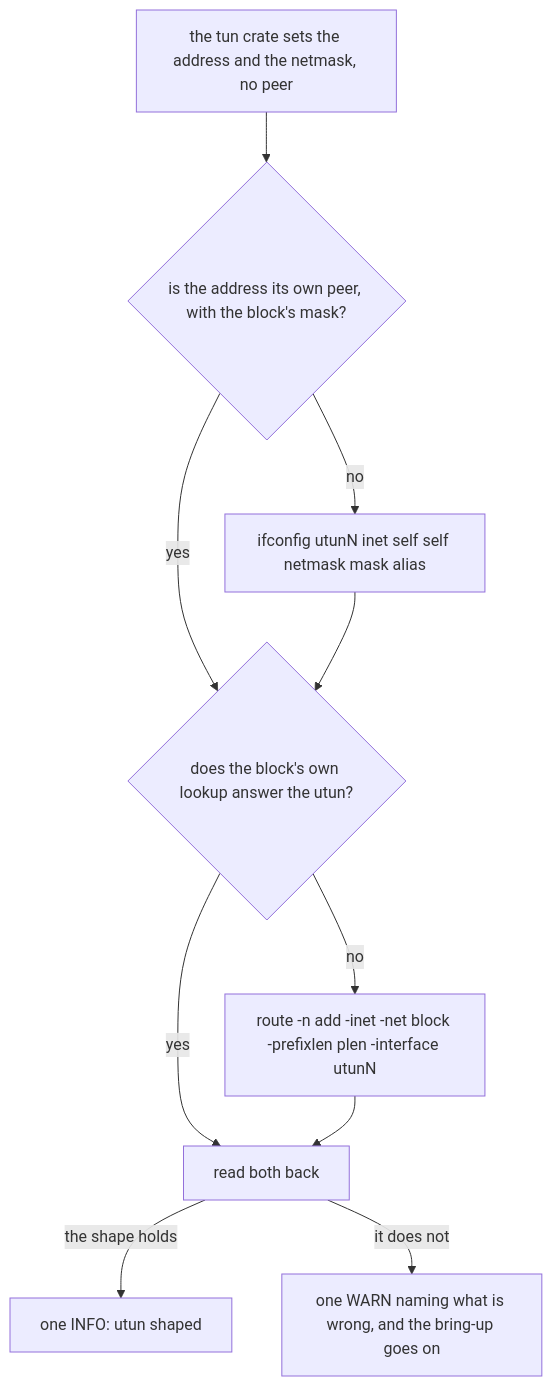
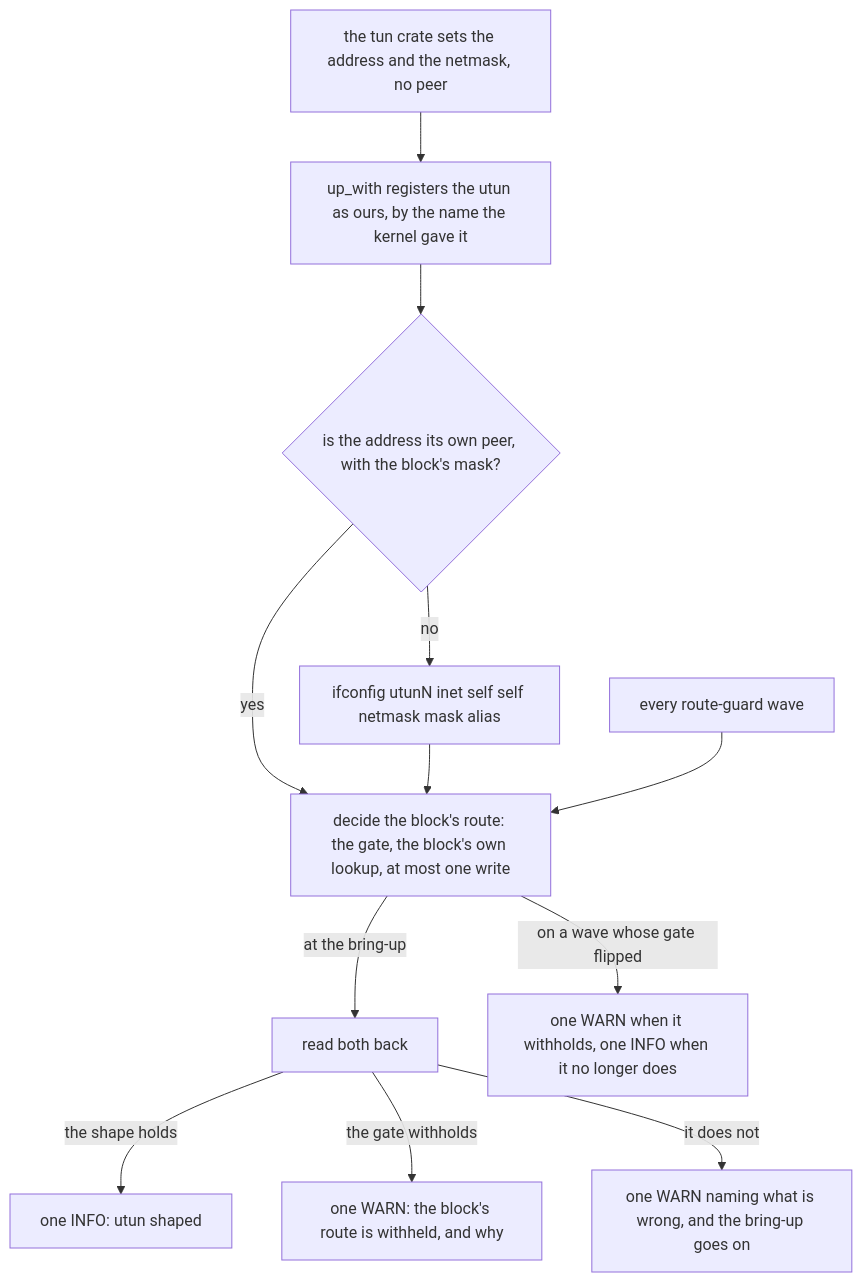
Before and after one commit to gjovanov/roomler-ai: diagram 17 of 17 in docs/overlay-communication.md, drawn with Mermaid. The commit also changed other lines of this file and 3 other files, not shown here.

First line of the commit message:
fix(overlay): a Mac's block route follows the route guard's gate on every wave

````diff
--- a/docs/overlay-communication.md
+++ b/docs/overlay-communication.md
@@ -1179,12 +1181,14 @@
 ```mermaid
 flowchart TD
-    up["the tun crate sets the address and the netmask, no peer"] --> peer{"is the address its own peer, with the block's mask?"}
+    up["the tun crate sets the address and the netmask, no peer"] --> reg["up_with registers the utun as ours, by the name the kernel gave it"]
+    reg --> peer{"is the address its own peer, with the block's mask?"}
     peer -- no --> alias["ifconfig utunN inet self self netmask mask alias"]
-    peer -- yes --> block{"does the block's own lookup answer the utun?"}
-    alias --> block
-    block -- no --> add["route -n add -inet -net block -prefixlen plen -interface utunN"]
-    block -- yes --> read["read both back"]
-    add --> read
+    peer -- yes --> decide["decide the block's route: the gate, the block's own lookup, at most one write"]
+    alias --> decide
+    wave["every route-guard wave"] --> decide
+    decide -- "at the bring-up" --> read["read both back"]
+    decide -- "on a wave whose gate flipped" --> flip["one WARN when it withholds, one INFO when it no longer does"]
     read -- "the shape holds" --> info["one INFO: utun shaped"]
+    read -- "the gate withholds" --> held["one WARN: the block's route is withheld, and why"]
     read -- "it does not" --> warn["one WARN naming what is wrong, and the bring-up goes on"]
 ```
````
